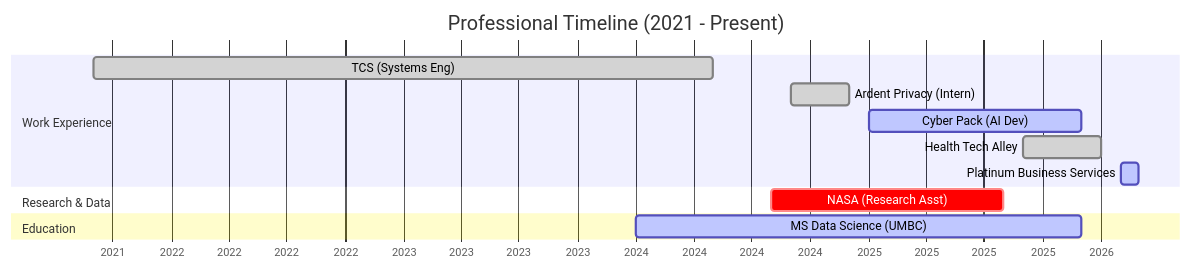
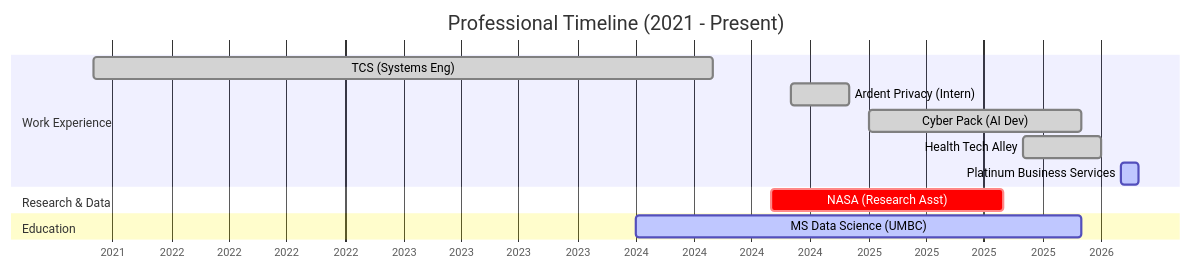
Before and after one commit to akhil1729/akhil1729: the diagram in README.md, drawn with Mermaid.

Commit message:
Update job statuses in Work Experience section

````diff
--- a/README.md
+++ b/README.md
@@ -20,19 +20,19 @@
 ```mermaid
 gantt
     title Professional Timeline (2021 - Present)
     dateFormat  YYYY-MM
     axisFormat  %Y
     
     section Work Experience
     TCS (Systems Eng)      :done,    job1, 2021-09, 2024-05
     Ardent Privacy (Intern):done,    job2, 2024-09, 2024-12
-    Cyber Pack (AI Dev)    :active,  job3, 2025-01, 2025-12
-    Health Tech Alley      :done,  res2, 2025-09, 2026-01
-    Platinum Business Services      :active,  res3, 2026-02, 2026-03
+    Cyber Pack (AI Dev)    :done,  job3, 2025-01, 2025-12
+    Health Tech Alley      :done,  job4, 2025-09, 2026-01
+    Platinum Business Services      :active,  job5, 2026-02, 2026-03
     
     section Research & Data
     NASA (Research Asst)   :crit,    res1, 2024-08, 2025-08
     
     section Education
     MS Data Science (UMBC) :active,  edu1, 2024-01, 2025-12
 ```
````
